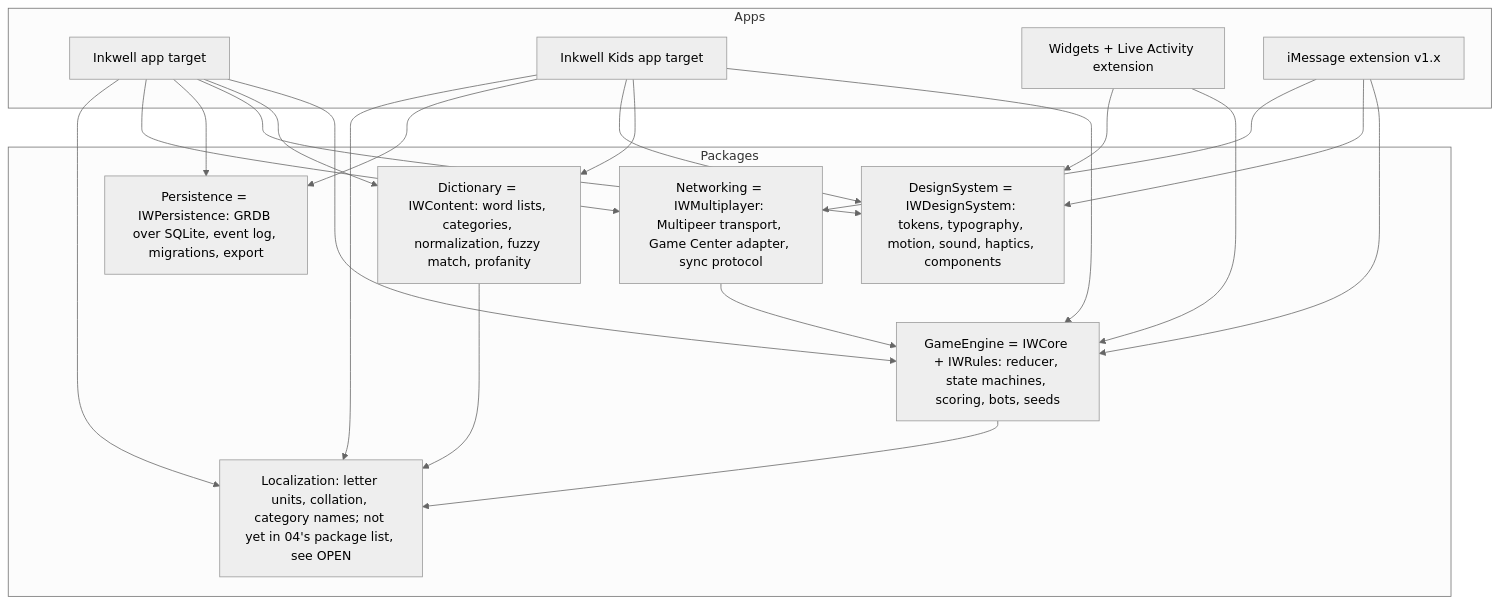
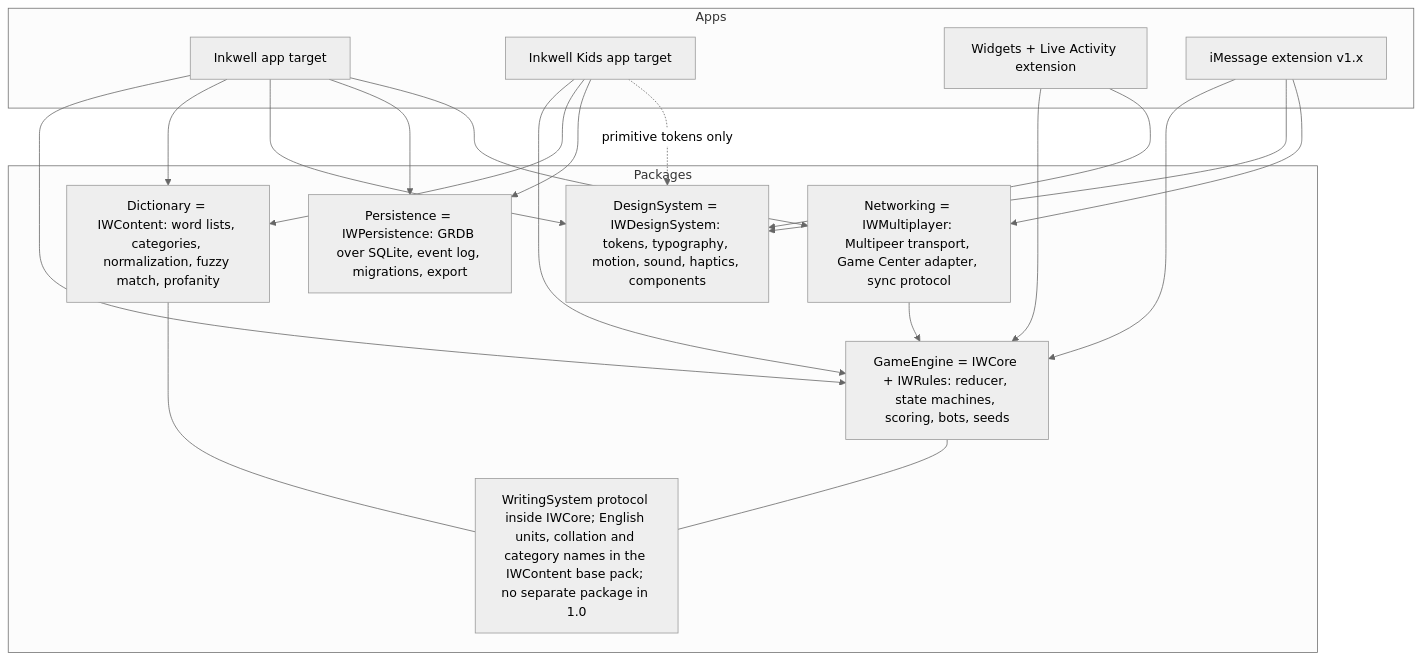
The second of 3 diagrams in npat-planning/master-reference/INKWELL-COMPLETE-REFERENCE.md (nikhilprakash24/CVIN-SC-Implementation-SSI-DID), drawn with Mermaid (neutral theme) before and after one commit. The commit also changed other lines of this file and 11 other files, not shown here.

````diff
--- a/npat-planning/master-reference/INKWELL-COMPLETE-REFERENCE.md
+++ b/npat-planning/master-reference/INKWELL-COMPLETE-REFERENCE.md
@@ -274,24 +274,25 @@
 ```mermaid
 flowchart TB
   subgraph Apps
     A1[Inkwell app target]
     A2[Inkwell Kids app target]
     W[Widgets + Live Activity extension]
     IM[iMessage extension v1.x]
   end
   subgraph Packages
     GE[GameEngine = IWCore + IWRules: reducer, state machines, scoring, bots, seeds]
     DI[Dictionary = IWContent: word lists, categories, normalization, fuzzy match, profanity]
     DS[DesignSystem = IWDesignSystem: tokens, typography, motion, sound, haptics, components]
     PE[Persistence = IWPersistence: GRDB over SQLite, event log, migrations, export]
     NW[Networking = IWMultiplayer: Multipeer transport, Game Center adapter, sync protocol]
-    LO[Localization: letter units, collation, category names; not yet in 04's package list, see OPEN]
+    LO[WritingSystem protocol inside IWCore; English units, collation and category names in the IWContent base pack; no separate package in 1.0]
   end
-  A1 --> GE & DI & DS & PE & NW & LO
-  A2 --> GE & DI & DS & PE & LO
+  A1 --> GE & DI & DS & PE & NW
+  A2 --> GE & DI & PE
+  A2 -. primitive tokens only .-> DS
   W --> GE & DS
   IM --> GE & DS & NW
   NW --> GE
-  GE --> LO
-  DI --> LO
+  GE --- LO
+  DI --- LO
 ```
````
